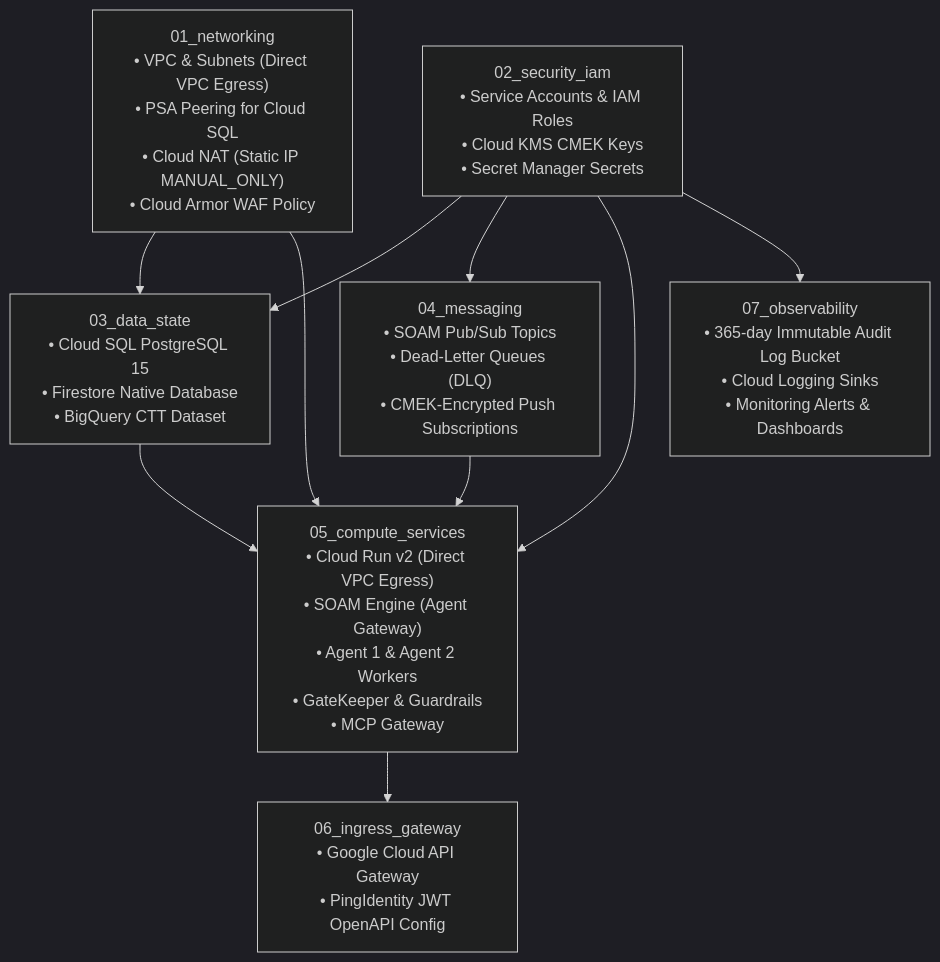
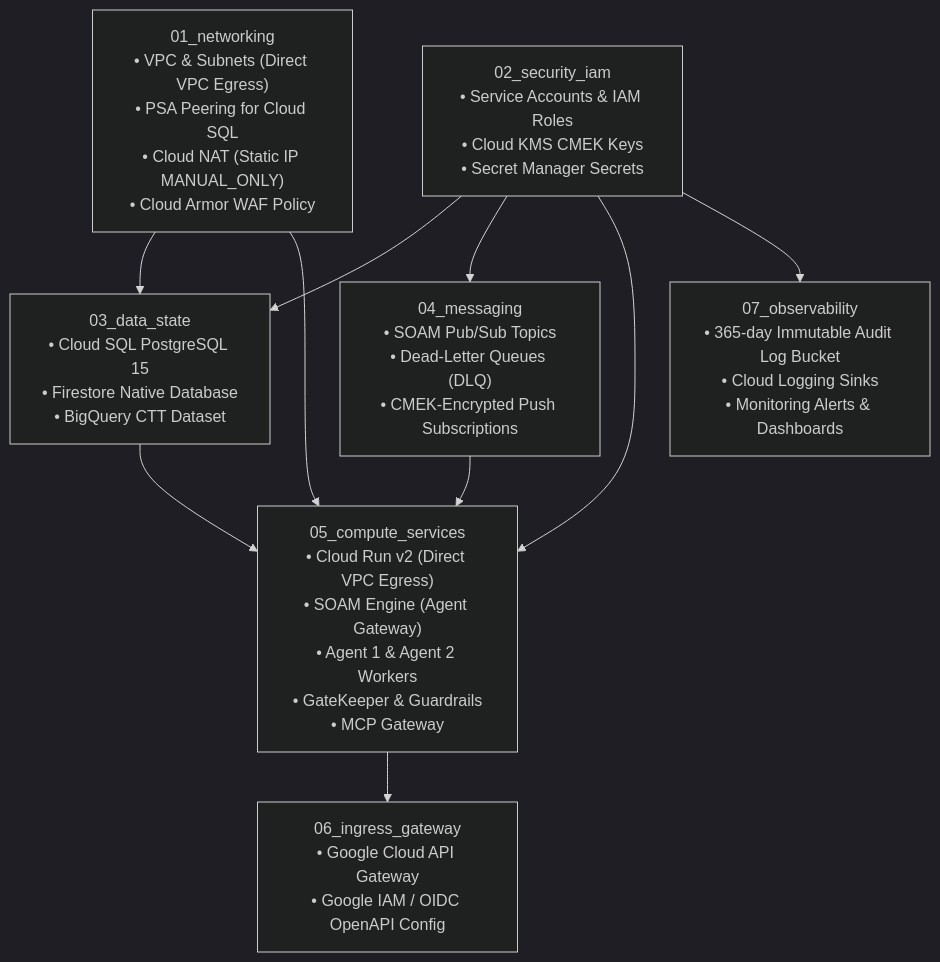
Before and after one commit to chaitanya-sharmaa/SOAM: the diagram in gcp/docs/ARCHITECTURE.md, drawn with Mermaid (dark theme). The commit also changed other lines of this file and 11 other files, not shown here.

Commit message:
Completely purge PingIdentity references and standardize on Google IAM / OIDC

````diff
--- a/gcp/docs/ARCHITECTURE.md
+++ b/gcp/docs/ARCHITECTURE.md
@@ -268,20 +266,20 @@
 ```mermaid
 flowchart TD
     M1["01_networking\n• VPC & Subnets (Direct VPC Egress)\n• PSA Peering for Cloud SQL\n• Cloud NAT (Static IP MANUAL_ONLY)\n• Cloud Armor WAF Policy"]
     M2["02_security_iam\n• Service Accounts & IAM Roles\n• Cloud KMS CMEK Keys\n• Secret Manager Secrets"]
     M3["03_data_state\n• Cloud SQL PostgreSQL 15\n• Firestore Native Database\n• BigQuery CTT Dataset"]
     M4["04_messaging\n• SOAM Pub/Sub Topics\n• Dead-Letter Queues (DLQ)\n• CMEK-Encrypted Push Subscriptions"]
     M5["05_compute_services\n• Cloud Run v2 (Direct VPC Egress)\n• SOAM Engine (Agent Gateway)\n• Agent 1 & Agent 2 Workers\n• GateKeeper & Guardrails\n• MCP Gateway"]
-    M6["06_ingress_gateway\n• Google Cloud API Gateway\n• PingIdentity JWT OpenAPI Config"]
+    M6["06_ingress_gateway\n• Google Cloud API Gateway\n• Google IAM / OIDC OpenAPI Config"]
     M7["07_observability\n• 365-day Immutable Audit Log Bucket\n• Cloud Logging Sinks\n• Monitoring Alerts & Dashboards"]
 
     M1 --> M3
     M2 --> M3
     M2 --> M4
     M1 --> M5
     M2 --> M5
     M3 --> M5
     M4 --> M5
     M5 --> M6
     M2 --> M7
 ```
````
